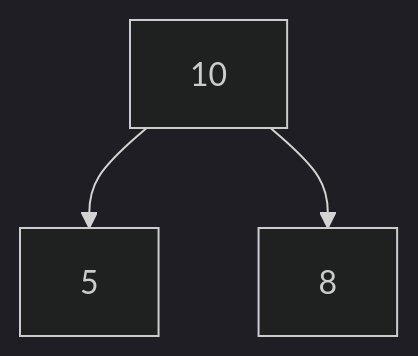
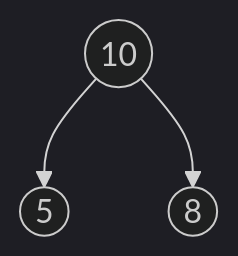
Before and after one commit to 3strategy/BeautifulMivney: diagram 12 of 15 in cst/6binnode/Ex6a2binnode.md, drawn with Mermaid (dark theme). The commit also changed other lines of this file and 3 other files, not shown here.

````diff
--- a/cst/6binnode/Ex6a2binnode.md
+++ b/cst/6binnode/Ex6a2binnode.md
@@ -244,5 +244,5 @@
     ```mermaid
     flowchart TB
-      A[10] --> B[5]:::leaf
-      A --> C[8]:::leaf
+      A((10)) --> B((5)):::leaf
+      A --> C((8)):::leaf
     ```
````
